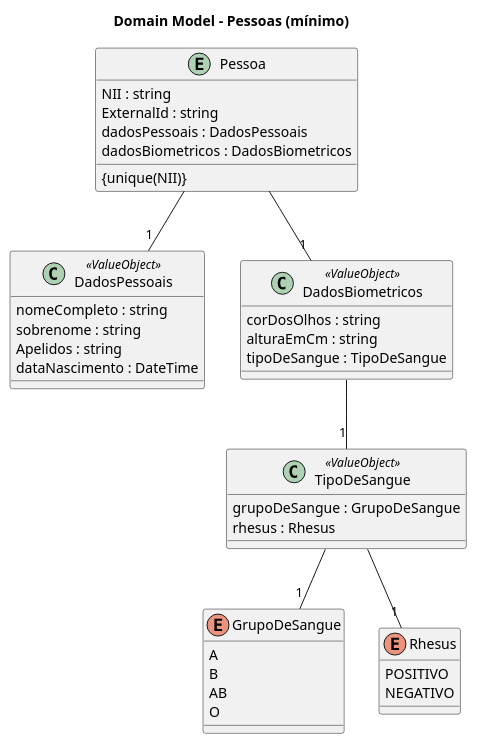
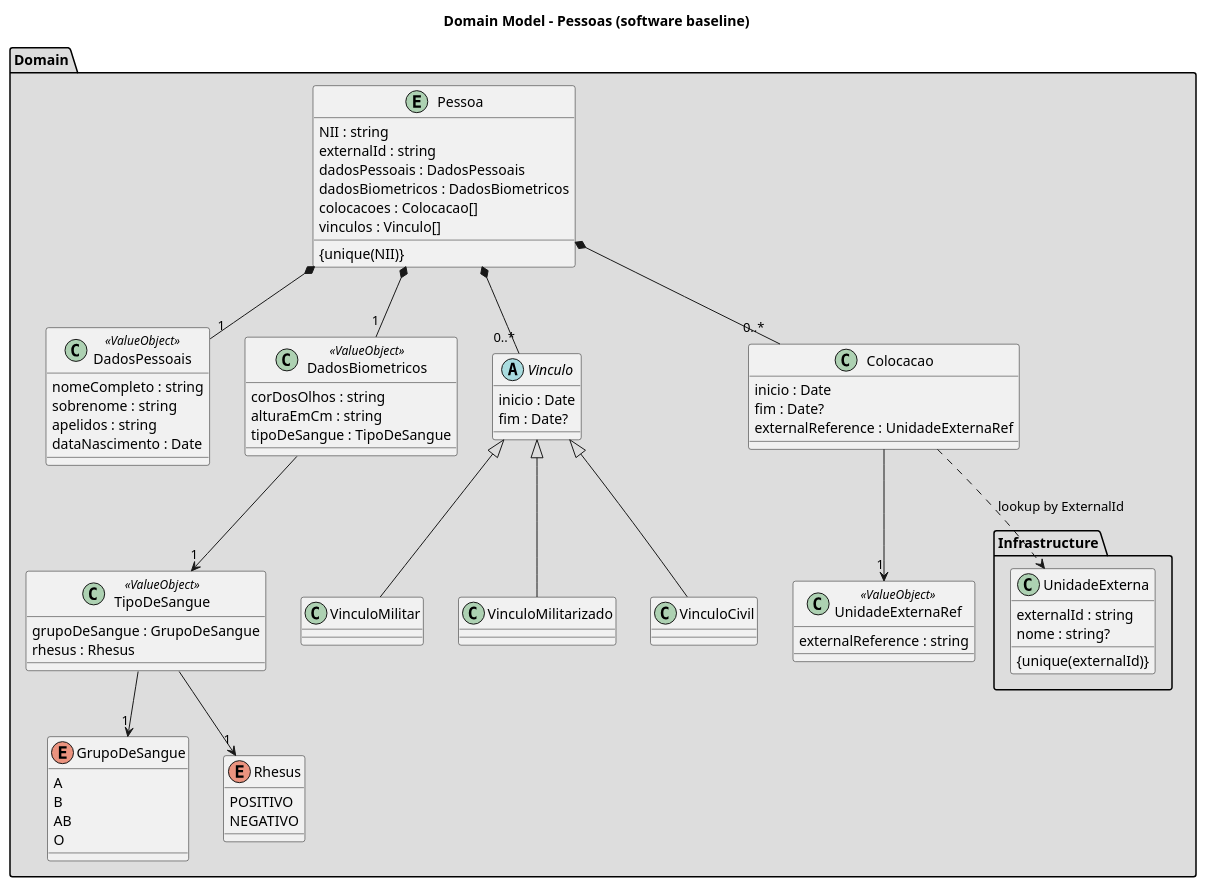
One commit to Raimundo82/pessoas-integracao changed the diagram in docs/domain/domain.md. Above: the diagram before and after it, drawn with PlantUML. The commit also changed other lines of this file and 5 other files, not shown here.

First line of the commit message:
feat: get colocacoes data (#532)

````diff
--- a/docs/domain/domain.md
+++ b/docs/domain/domain.md
@@ -3,20 +18,24 @@
 ```plantuml
 @startuml domain-model-pessoas
 
-title Domain Model – Pessoas (mínimo)
+title Domain Model - Pessoas (software baseline)
 
-Entity Pessoa {
+package "Domain" #DDDDDD {
+
+entity Pessoa {
   NII : string
-  ExternalId : string
+  externalId : string
   dadosPessoais : DadosPessoais
   dadosBiometricos : DadosBiometricos
+  colocacoes : Colocacao[]
+  vinculos : Vinculo[]
 }
 
 class DadosPessoais << ValueObject >> {
   nomeCompleto : string
   sobrenome : string
-  Apelidos : string
-  dataNascimento : DateTime
+  apelidos : string
+  dataNascimento : Date
 }
 
 class DadosBiometricos << ValueObject >> {
@@ -25,29 +44,68 @@
   tipoDeSangue : TipoDeSangue
 }
 
-class TipoDeSangue << ValueObject >>{
-    grupoDeSangue : GrupoDeSangue
-    rhesus : Rhesus
+abstract Vinculo {
+  inicio : Date
+  fim : Date?
+}
+
+class VinculoMilitar {}
+class VinculoMilitarizado {}
+class VinculoCivil {}
+
+class Colocacao {
+  inicio : Date
+  fim : Date?
+  externalReference : UnidadeExternaRef
+}
+
+class UnidadeExternaRef << ValueObject >> {
+  externalReference : string
+}
+
+class TipoDeSangue << ValueObject >> {
+  grupoDeSangue : GrupoDeSangue
+  rhesus : Rhesus
 }
 
 enum GrupoDeSangue {
-    A
-    B
-    AB
-    O
+  A
+  B
+  AB
+  O
 }
 
 enum Rhesus {
-    POSITIVO
-    NEGATIVO
+  POSITIVO
+  NEGATIVO
+}
+
+class Infrastructure.UnidadeExterna {
+  externalId : string
+  nome : string?
 }
 
 Pessoa : {unique(NII)}
-Pessoa -- "1" DadosPessoais
-Pessoa -- "1" DadosBiometricos
-DadosBiometricos -- "1" TipoDeSangue
-TipoDeSangue -- "1" GrupoDeSangue
-TipoDeSangue -- "1" Rhesus
+
+Pessoa *-- "1" DadosPessoais
+Pessoa *-- "1" DadosBiometricos
+Pessoa *-- "0..*" Colocacao
+Pessoa *-- "0..*" Vinculo
+
+Vinculo <|-- VinculoMilitar
+Vinculo <|-- VinculoMilitarizado
+Vinculo <|-- VinculoCivil
+
+Colocacao --> "1" UnidadeExternaRef
+Colocacao ..> Infrastructure.UnidadeExterna : lookup by ExternalId
+
+DadosBiometricos --> "1" TipoDeSangue
+
+TipoDeSangue --> "1" GrupoDeSangue
+TipoDeSangue --> "1" Rhesus
+
+Infrastructure.UnidadeExterna : {unique(externalId)}
+}
 
 @enduml
 ```
````
